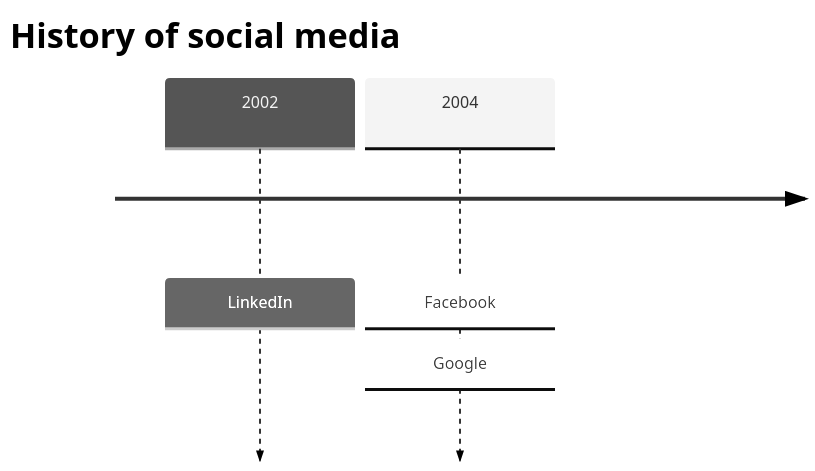
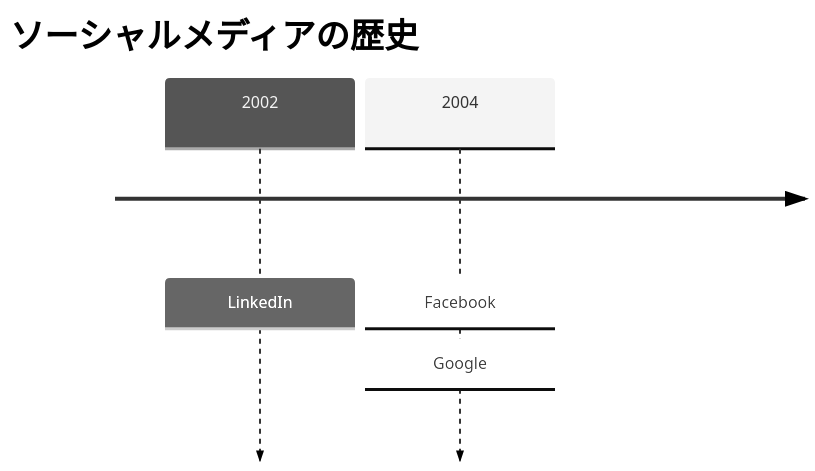
Before and after one commit to iimuz/dotfiles: the sixth of 7 diagrams in .config/claude/skills/diagram/references/patterns.md, drawn with Mermaid (neutral theme). The commit also changed other lines of this file and 7 other files, not shown here.

Commit message:
docs: js-page-fetch、qmd、subagent-first、gh-ops、diagram に残る英語を日本語にする

````diff
--- a/.config/claude/skills/diagram/references/patterns.md
+++ b/.config/claude/skills/diagram/references/patterns.md
@@ -99,7 +99,7 @@
 ```mermaid
 timeline
-    title History of social media
+    title ソーシャルメディアの歴史
     2002 : LinkedIn
     2004 : Facebook
          : Google
 ```
````
